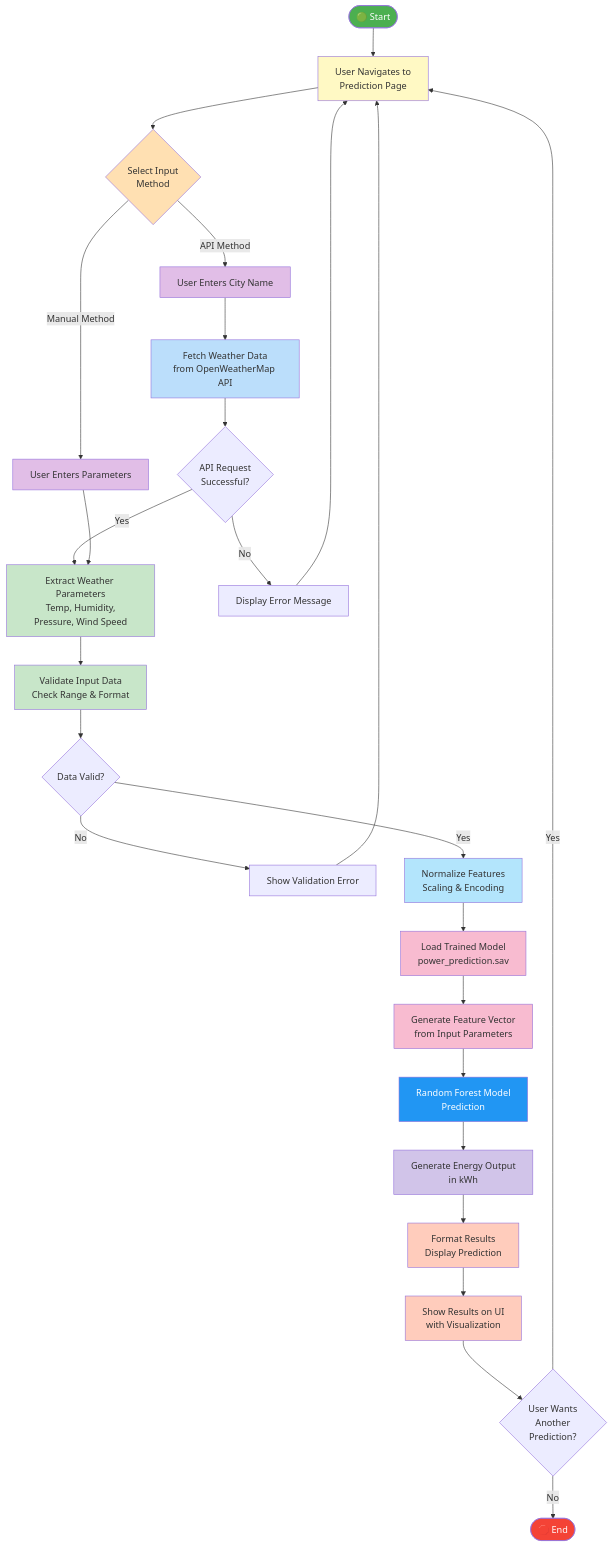
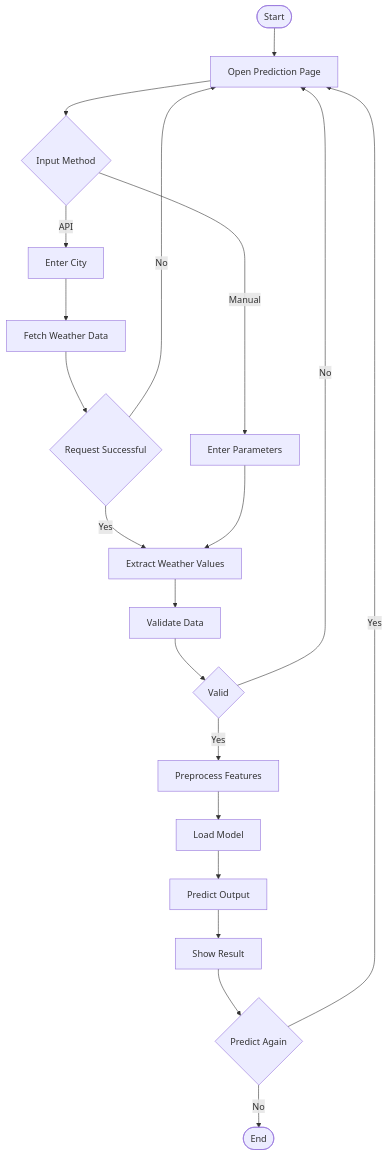
One commit to OrbitCoder-Store/Weather-Based-Prediction-of-Wind-Turbine-Energy-Output changed the diagram in outputs/diagrams/activity_diagram.md. Above: the diagram before and after it, drawn with Mermaid. The commit also changed 4 other files, not shown here.

Commit message:
Fix Mermaid diagram rendering compatibility in README

````diff
--- a/outputs/diagrams/activity_diagram.md
+++ b/outputs/diagrams/activity_diagram.md
@@ -3,53 +3,22 @@
 ```mermaid
-graph TD
-    START([🟢 Start]) --> A["User Navigates to<br/>Prediction Page"]
-    
-    A --> B{"Select Input<br/>Method"}
-    
-    B -->|API Method| C["User Enters City Name"]
-    B -->|Manual Method| D["User Enters Parameters"]
-    
-    C --> E["Fetch Weather Data<br/>from OpenWeatherMap API"]
-    E --> F{"API Request<br/>Successful?"}
-    F -->|Yes| G["Extract Weather Parameters<br/>Temp, Humidity,<br/>Pressure, Wind Speed"]
-    F -->|No| H["Display Error Message"]
-    H --> A
-    
+flowchart TD
+    START([Start]) --> A[Open Prediction Page]
+    A --> B{Input Method}
+    B -->|API| C[Enter City]
+    B -->|Manual| D[Enter Parameters]
+    C --> E[Fetch Weather Data]
+    E --> F{Request Successful}
+    F -->|No| A
+    F -->|Yes| G[Extract Weather Values]
     D --> G
-    
-    G --> I["Validate Input Data<br/>Check Range & Format"]
-    I --> J{"Data Valid?"}
-    J -->|No| K["Show Validation Error"]
-    K --> A
-    J -->|Yes| L["Normalize Features<br/>Scaling & Encoding"]
-    
-    L --> M["Load Trained Model<br/>power_prediction.sav"]
-    M --> N["Generate Feature Vector<br/>from Input Parameters"]
-    
-    N --> O["Random Forest Model<br/>Prediction"]
-    O --> P["Generate Energy Output<br/>in kWh"]
-    
-    P --> Q["Format Results<br/>Display Prediction"]
-    Q --> R["Show Results on UI<br/>with Visualization"]
-    
-    R --> S{"User Wants<br/>Another<br/>Prediction?"}
-    S -->|Yes| A
-    S -->|No| END([🛑 End])
-    
-    style START fill:#4CAF50,color:#fff
-    style END fill:#F44336,color:#fff
-    style O fill:#2196F3,color:#fff
-    style A fill:#FFF9C4
-    style B fill:#FFE0B2
-    style C fill:#E1BEE7
-    style D fill:#E1BEE7
-    style E fill:#BBDEFB
-    style G fill:#C8E6C9
-    style I fill:#C8E6C9
-    style L fill:#B3E5FC
-    style M fill:#F8BBD0
-    style N fill:#F8BBD0
-    style P fill:#D1C4E9
-    style Q fill:#FFCCBC
-    style R fill:#FFCCBC
+    G --> H[Validate Data]
+    H --> I{Valid}
+    I -->|No| A
+    I -->|Yes| J[Preprocess Features]
+    J --> K[Load Model]
+    K --> L[Predict Output]
+    L --> M[Show Result]
+    M --> N{Predict Again}
+    N -->|Yes| A
+    N -->|No| FINISH([End])
 ```
````
